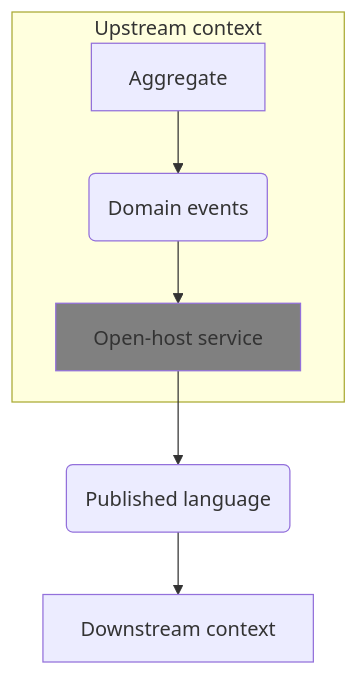
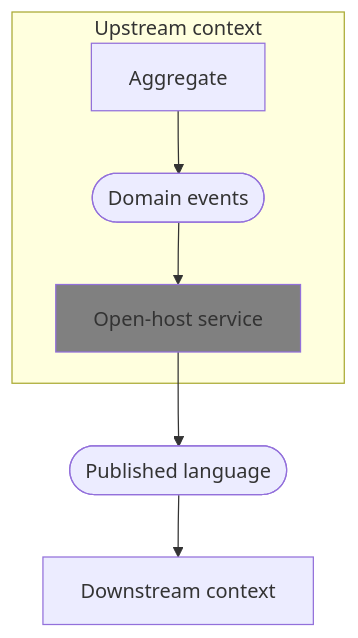
Before and after one commit to tam315/markdown-note2: the second of 4 diagrams in docs/books/learning-domain-driven-design.md, drawn with Mermaid. The commit also changed other lines of this file, not shown here.

````diff
--- a/docs/books/learning-domain-driven-design.md
+++ b/docs/books/learning-domain-driven-design.md
@@ -599,15 +599,15 @@
 ```mermaid
-flowchart TB
+graph TB
   subgraph subGraph0["Upstream context"]
-    B("Domain events")
+    B(["Domain events"])
     A["Aggregate"]
     C["Open-host service"]
   end
 
   A --> B
   B --> C
-  C --> D("Published language")
+  C --> D(["Published language"])
   D --> E["Downstream context"]
 
   style C fill:gray
 ```
````
